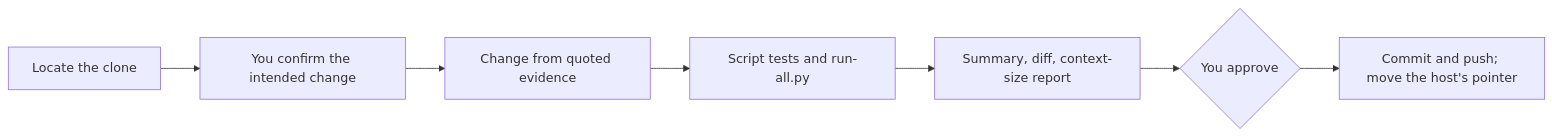
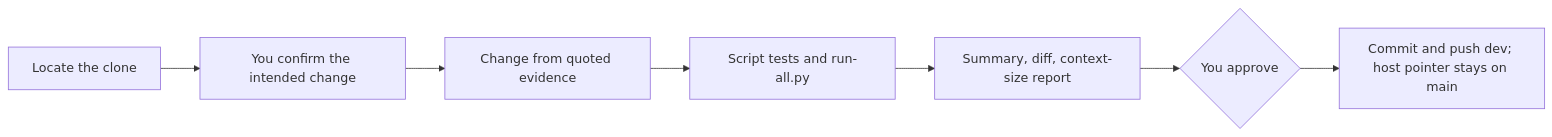
One commit to an-dr/agents changed the diagram in skills/_repository/an-dr-agents-repo-modify/README.md. Above: the diagram before and after it, drawn with Mermaid. The commit also changed other lines of this file and 11 other files, not shown here.

First line of the commit message:
feat(tools): amend on dev and promote tested commits to main

````diff
--- a/skills/_repository/an-dr-agents-repo-modify/README.md
+++ b/skills/_repository/an-dr-agents-repo-modify/README.md
@@ -11,9 +11,9 @@
 ```mermaid
 flowchart LR
   L[Locate the clone] --> X[You confirm the intended change]
   X --> C[Change from quoted evidence]
   C --> T[Script tests and run-all.py]
   T --> S[Summary, diff, context-size report]
   S --> A{You approve}
-  A --> G[Commit and push; move the host's pointer]
+  A --> G[Commit and push dev; host pointer stays on main]
 ```
````
